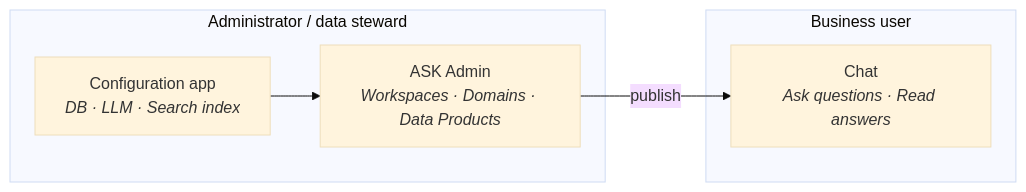
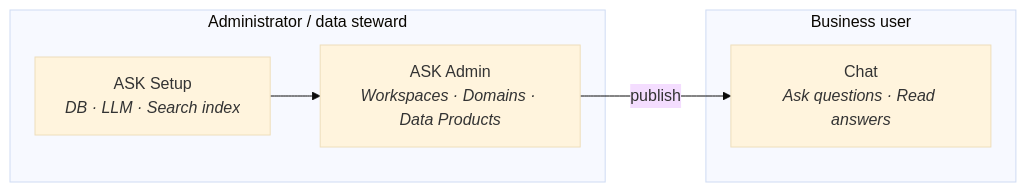
Before and after one commit to Onibex/agentic-semantic-knowledge-ask: the first of 6 diagrams in platform/02-concepts.md, drawn with Mermaid (base theme). The commit also changed other lines of this file and 21 other files, not shown here.

````diff
--- a/platform/02-concepts.md
+++ b/platform/02-concepts.md
@@ -53,12 +59,12 @@
 ```mermaid
 flowchart LR
     subgraph ADMIN["Administrator / data steward"]
-        CFG["Configuration app<br/><i>DB · LLM · Search index</i>"]
+        CFG["ASK Setup<br/><i>DB · LLM · Search index</i>"]
         ADM["ASK Admin<br/><i>Workspaces · Domains · Data Products</i>"]
     end
     subgraph USER["Business user"]
         CHAT["Chat<br/><i>Ask questions · Read answers</i>"]
     end
     CFG --> ADM
     ADM -->|publish| CHAT
 ```
````
